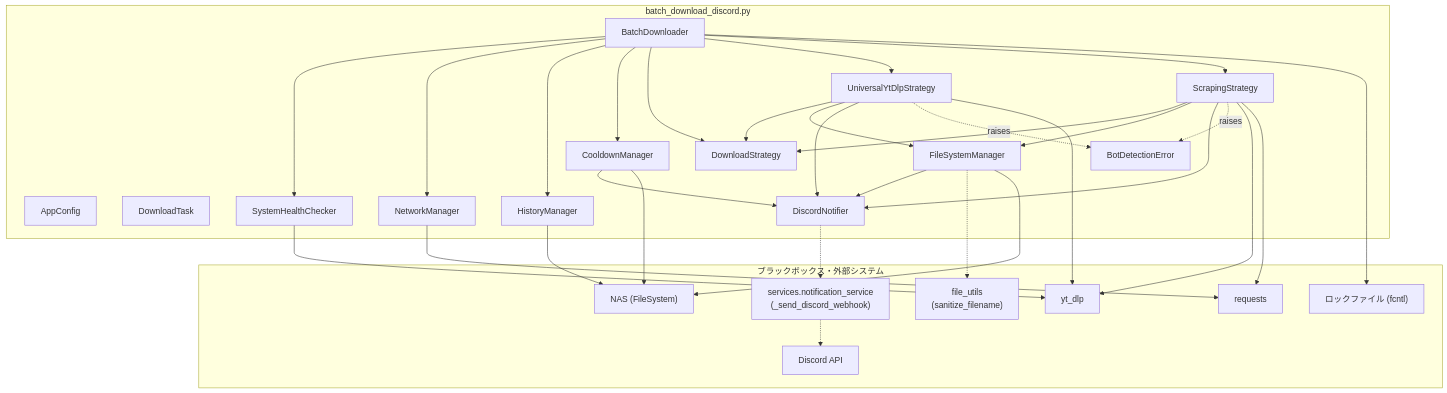
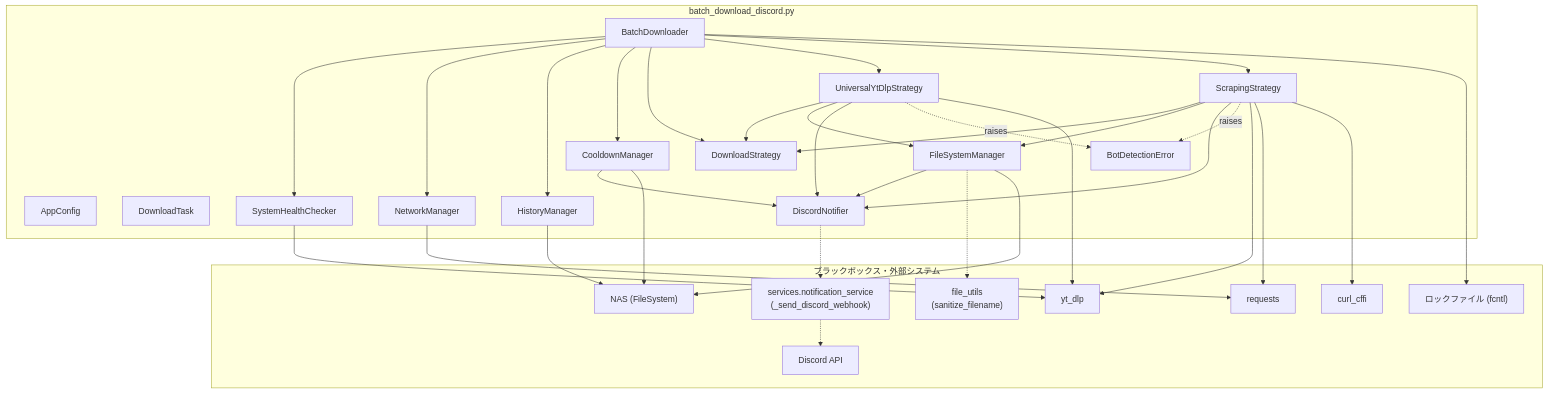
One commit to mmtigers/my_python_project changed the second of 2 diagrams in docs/specifications/DDD/batch_download_discord.md. Above: the diagram before and after it, drawn with Mermaid. The commit also changed other lines of this file and 3 other files, not shown here.

````diff
--- a/docs/specifications/DDD/batch_download_discord.md
+++ b/docs/specifications/DDD/batch_download_discord.md
@@ -805,60 +896,62 @@
 ```mermaid
 flowchart TD
     subgraph SubBatchDownload["batch_download_discord.py"]
         AppConfig
         DownloadTask
         BotDetectionError
         BatchDownloader
         DiscordNotifier
         HistoryManager
         CooldownManager
         NetworkManager
         FileSystemManager
         SystemHealthChecker
         DownloadStrategy
         UniversalYtDlpStrategy
         ScrapingStrategy
 
         BatchDownloader --> SystemHealthChecker
         BatchDownloader --> NetworkManager
         BatchDownloader --> HistoryManager
         BatchDownloader --> CooldownManager
         BatchDownloader --> DownloadStrategy
         BatchDownloader --> UniversalYtDlpStrategy
         BatchDownloader --> ScrapingStrategy
 
         UniversalYtDlpStrategy --> DownloadStrategy
         ScrapingStrategy --> DownloadStrategy
         UniversalYtDlpStrategy --> FileSystemManager
         UniversalYtDlpStrategy --> DiscordNotifier
         UniversalYtDlpStrategy -.->|"raises"| BotDetectionError
         ScrapingStrategy --> FileSystemManager
         ScrapingStrategy --> DiscordNotifier
         ScrapingStrategy -.->|"raises"| BotDetectionError
         FileSystemManager --> DiscordNotifier
         CooldownManager --> DiscordNotifier
     end
 
     subgraph SubBlackBox["ブラックボックス・外部システム"]
         NotificationService["services.notification_service<br>(_send_discord_webhook)"]
         FileUtils["file_utils<br>(sanitize_filename)"]
         YTDLP["yt_dlp"]
         Requests["requests"]
+        CurlCffi["curl_cffi"]
         NAS["NAS (FileSystem)"]
         DiscordAPI["Discord API"]
         LockFile["ロックファイル (fcntl)"]
     end
 
     DiscordNotifier -.-> NotificationService
     NotificationService -.-> DiscordAPI
     FileSystemManager -.-> FileUtils
     UniversalYtDlpStrategy --> YTDLP
     ScrapingStrategy --> YTDLP
     SystemHealthChecker --> YTDLP
     NetworkManager --> Requests
     ScrapingStrategy --> Requests
+    ScrapingStrategy --> CurlCffi
     FileSystemManager --> NAS
     HistoryManager --> NAS
     CooldownManager --> NAS
     BatchDownloader --> LockFile
 ```
````
